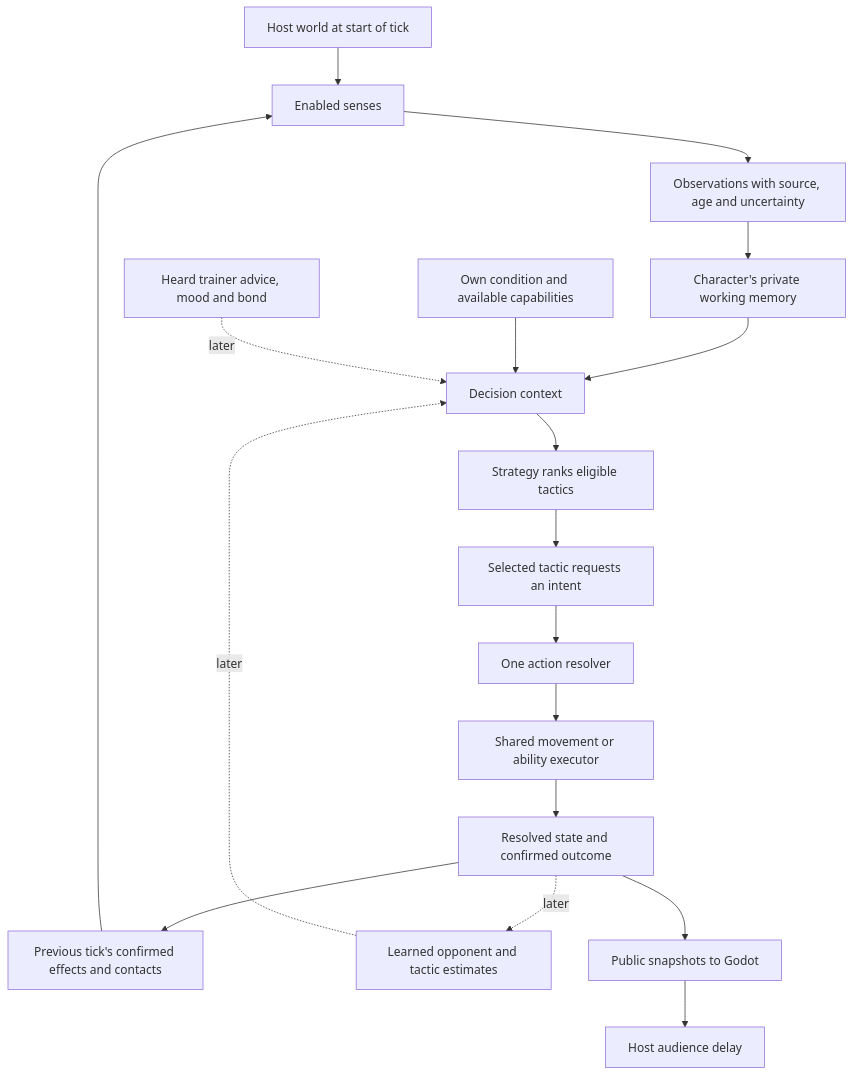
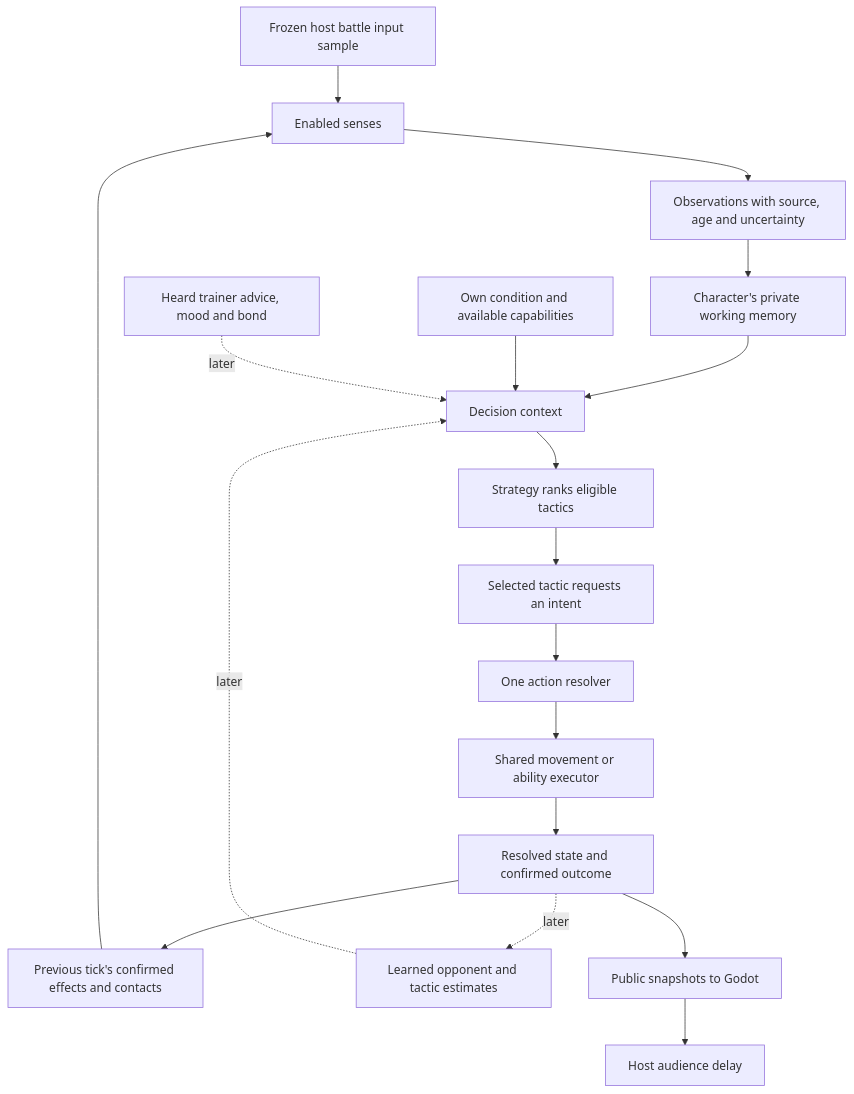
The diagram in docs/06-character-ai-orchestration-proposal.md (bulbazorua/OnlineGameDevAssetArena), drawn with Mermaid before and after one commit. The commit also changed other lines of this file and 65 other files, not shown here.

````diff
--- a/docs/06-character-ai-orchestration-proposal.md
+++ b/docs/06-character-ai-orchestration-proposal.md
@@ -36,20 +42,20 @@
 ```mermaid
 flowchart TD
-    World[Host world at start of tick] --> Sensors[Enabled senses]
+    World[Frozen host battle input sample] --> Sensors[Enabled senses]
     Effects[Previous tick's confirmed effects and contacts] --> Sensors
     Sensors --> Observations[Observations with source, age and uncertainty]
     Observations --> Memory[Character's private working memory]
     Memory --> Context[Decision context]
     Self[Own condition and available capabilities] --> Context
     Advice[Heard trainer advice, mood and bond] -. later .-> Context
     Experience[Learned opponent and tactic estimates] -. later .-> Context
     Context --> Strategy[Strategy ranks eligible tactics]
     Strategy --> Tactic[Selected tactic requests an intent]
     Tactic --> Resolver[One action resolver]
     Resolver --> Executor[Shared movement or ability executor]
     Executor --> Outcome[Resolved state and confirmed outcome]
     Outcome --> Public[Public snapshots to Godot]
     Outcome --> Effects
     Outcome -. later .-> Experience
     Public --> History[Host audience delay]
 ```
````
